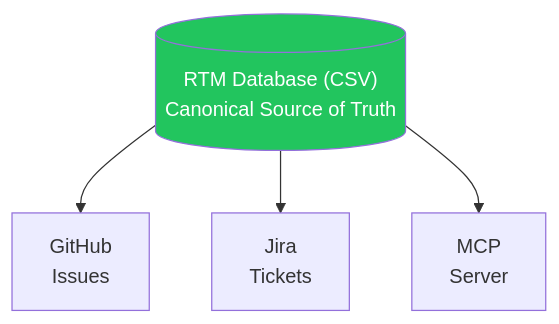
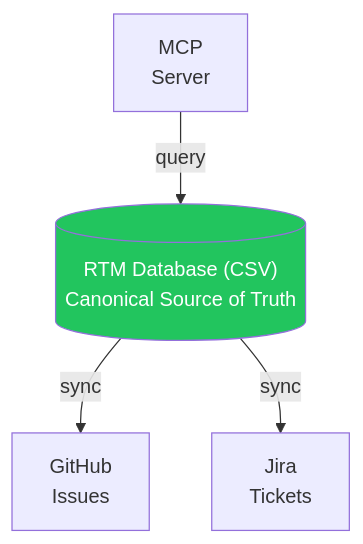
The diagram in website/src/content/docs/adapters.md (rtmx-ai/rtmx), drawn with Mermaid before and after one commit.

Commit message:
fix: Correct MCP Server direction in adapter architecture diagram
MCP Server is a query interface (reads from CSV), not a sync target
like GitHub/Jira (which receive pushes from CSV). Updated diagram
to show correct data flow direction with labeled edges.

🤖 Generated with [Claude Code](https://claude.com/claude-code)

````diff
--- a/website/src/content/docs/adapters.md
+++ b/website/src/content/docs/adapters.md
@@ -18,10 +18,10 @@
 ```mermaid
 flowchart TB
     CSV[("RTM Database (CSV)<br/>Canonical Source of Truth")]
 
-    CSV --> GitHub["GitHub<br/>Issues"]
-    CSV --> Jira["Jira<br/>Tickets"]
-    CSV --> MCP["MCP<br/>Server"]
+    CSV -->|sync| GitHub["GitHub<br/>Issues"]
+    CSV -->|sync| Jira["Jira<br/>Tickets"]
+    MCP["MCP<br/>Server"] -->|query| CSV
 
     style CSV fill:#22c55e,color:#fff
 ```
````
